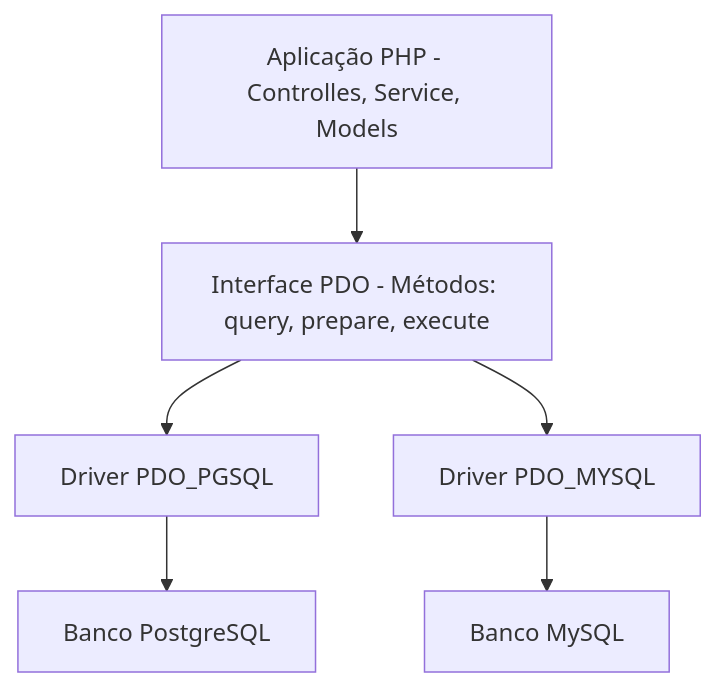
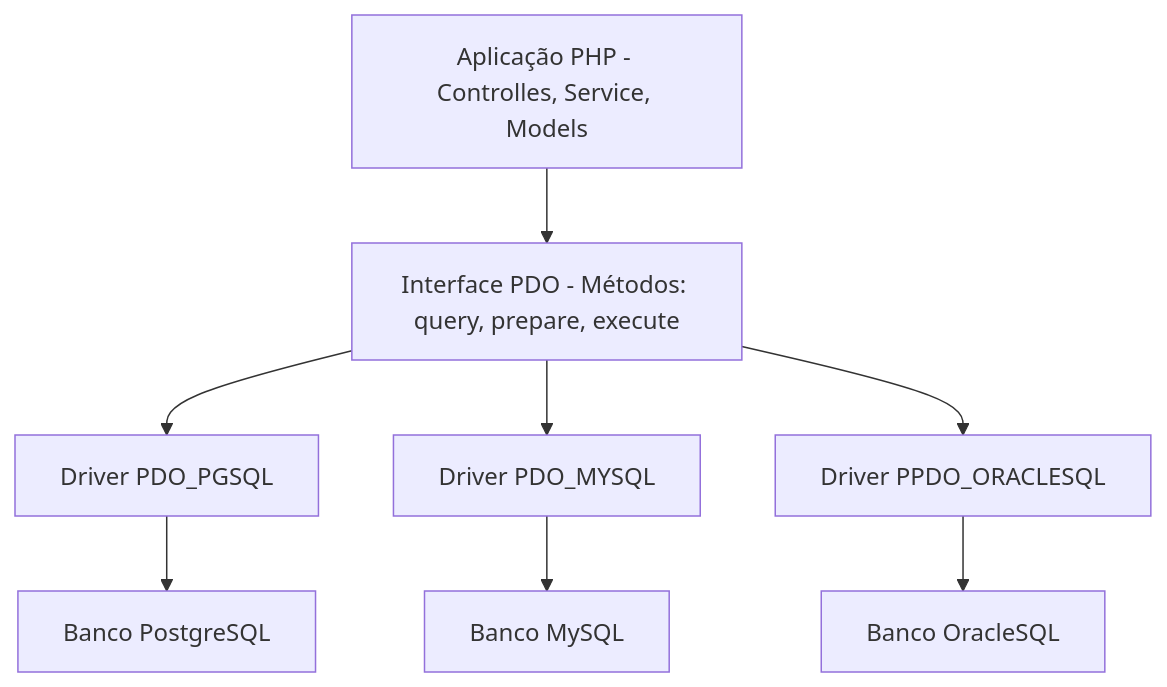
One commit to Victor3621/backend changed diagram 11 of 29 in README.md. Above: the diagram before and after it, drawn with Mermaid. The commit also changed other lines of this file and 87 other files, not shown here.

````diff
--- a/README.md
+++ b/README.md
@@ -1092,17 +1155,22 @@
 ```mermaid
 flowchart TB
     aplicacao[Aplicação PHP - Controlles, Service, Models]
     pdo[Interface PDO - Métodos: query, prepare, execute]
 
     driverpgsql[Driver PDO_PGSQL]
     drivermysql[Driver PDO_MYSQL]
+    driveroci[Driver PPDO_ORACLESQL]
 
     postgres[Banco PostgreSQL]
     mysql[Banco MySQL]
+    oracle[Banco OracleSQL]
 
     aplicacao --> pdo
     pdo --> driverpgsql
     pdo --> drivermysql
+    pdo --> driveroci
     driverpgsql --> postgres
     drivermysql --> mysql
+    driveroci --> oracle
+
 ```
````
